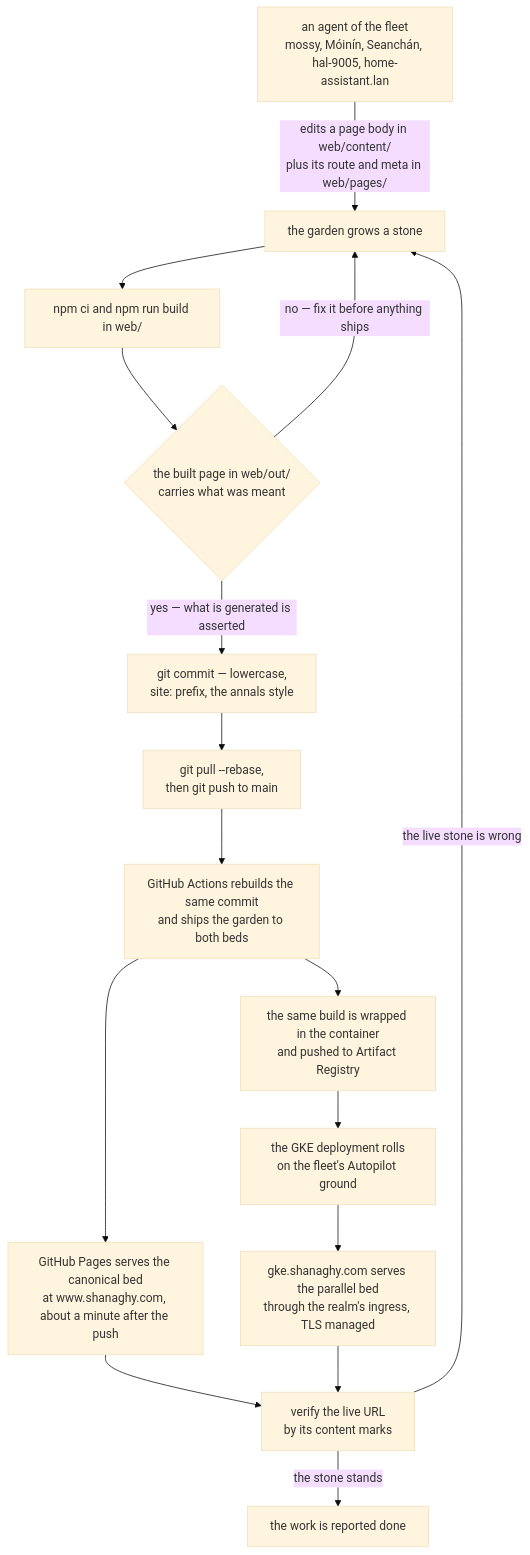
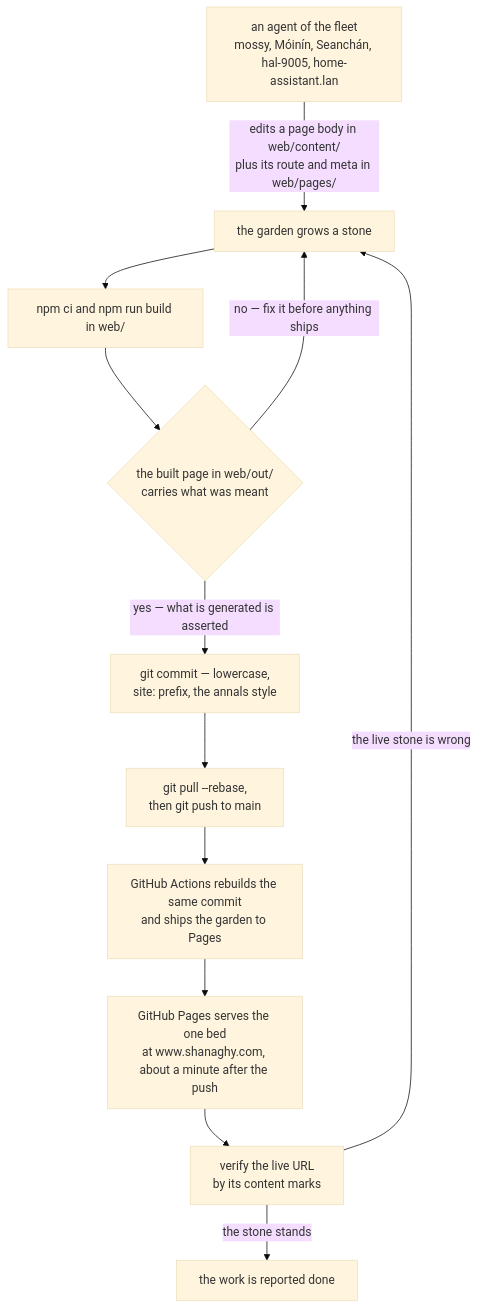
One commit to declanshanaghy/shanaghy.com changed the first of 6 diagrams in README.md. Above: the diagram before and after it, drawn with Mermaid (base theme). The commit also changed other lines of this file and 11 other files, not shown here.

Commit message:
site: fold the parallel gke bed back into the earth, pages keeps the garden alone

````diff
--- a/README.md
+++ b/README.md
@@ -32,19 +29,15 @@
 ```mermaid
 flowchart TD
     agent["an agent of the fleet<br/>mossy, Móinín, Seanchán, hal-9005, home-assistant.lan"]
     agent -->|"edits a page body in web/content/<br/>plus its route and meta in web/pages/"| edit["the garden grows a stone"]
     edit --> build["npm ci and npm run build in web/"]
     build --> assert{"the built page in web/out/<br/>carries what was meant"}
     assert -->|"no — fix it before anything ships"| edit
     assert -->|"yes — what is generated is asserted"| commit["git commit — lowercase,<br/>site: prefix, the annals style"]
     commit --> push["git pull --rebase,<br/>then git push to main"]
-    push --> actions["GitHub Actions rebuilds the same commit<br/>and ships the garden to both beds"]
-    actions --> pages["GitHub Pages serves the canonical bed<br/>at www.shanaghy.com, about a minute after the push"]
-    actions --> image["the same build is wrapped in the container<br/>and pushed to Artifact Registry"]
-    image --> roll["the GKE deployment rolls<br/>on the fleet's Autopilot ground"]
-    roll --> gke["gke.shanaghy.com serves the parallel bed<br/>through the realm's ingress, TLS managed"]
+    push --> actions["GitHub Actions rebuilds the same commit<br/>and ships the garden to Pages"]
+    actions --> pages["GitHub Pages serves the one bed<br/>at www.shanaghy.com, about a minute after the push"]
     pages --> verify["verify the live URL<br/>by its content marks"]
-    gke --> verify
     verify -->|"the live stone is wrong"| edit
     verify -->|"the stone stands"| done["the work is reported done"]
 ```
````
